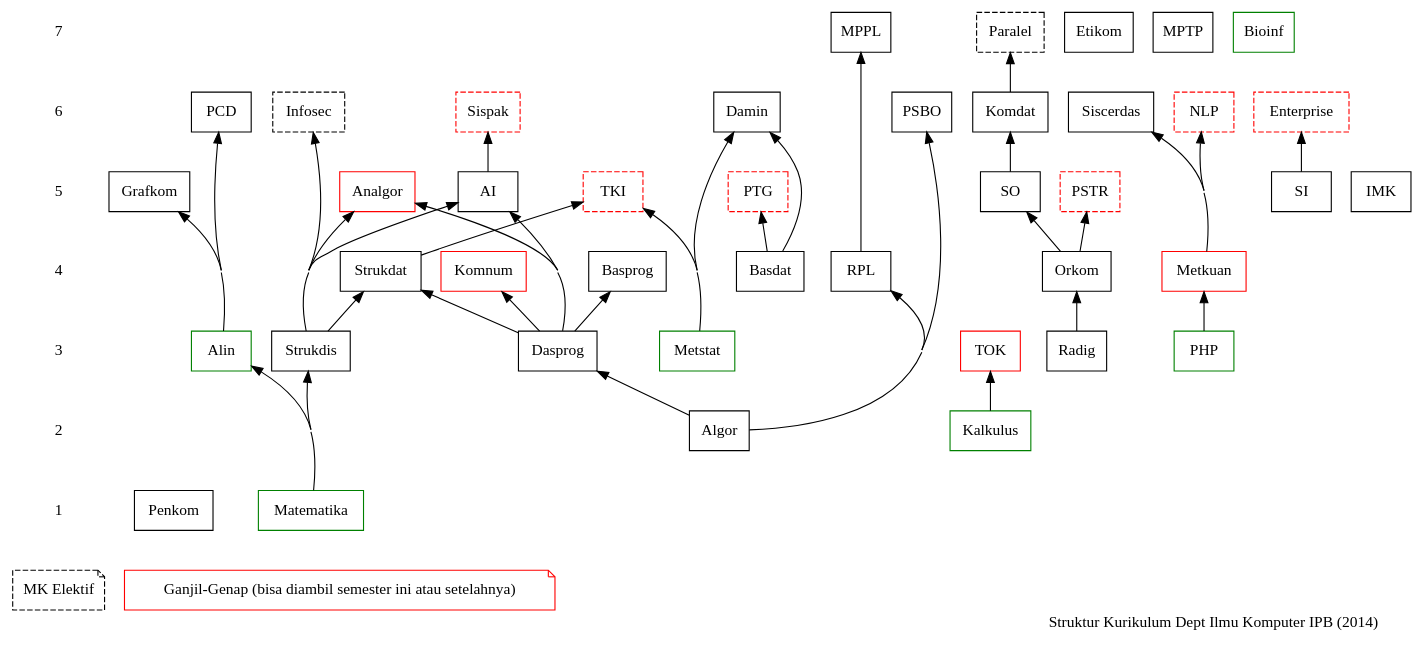
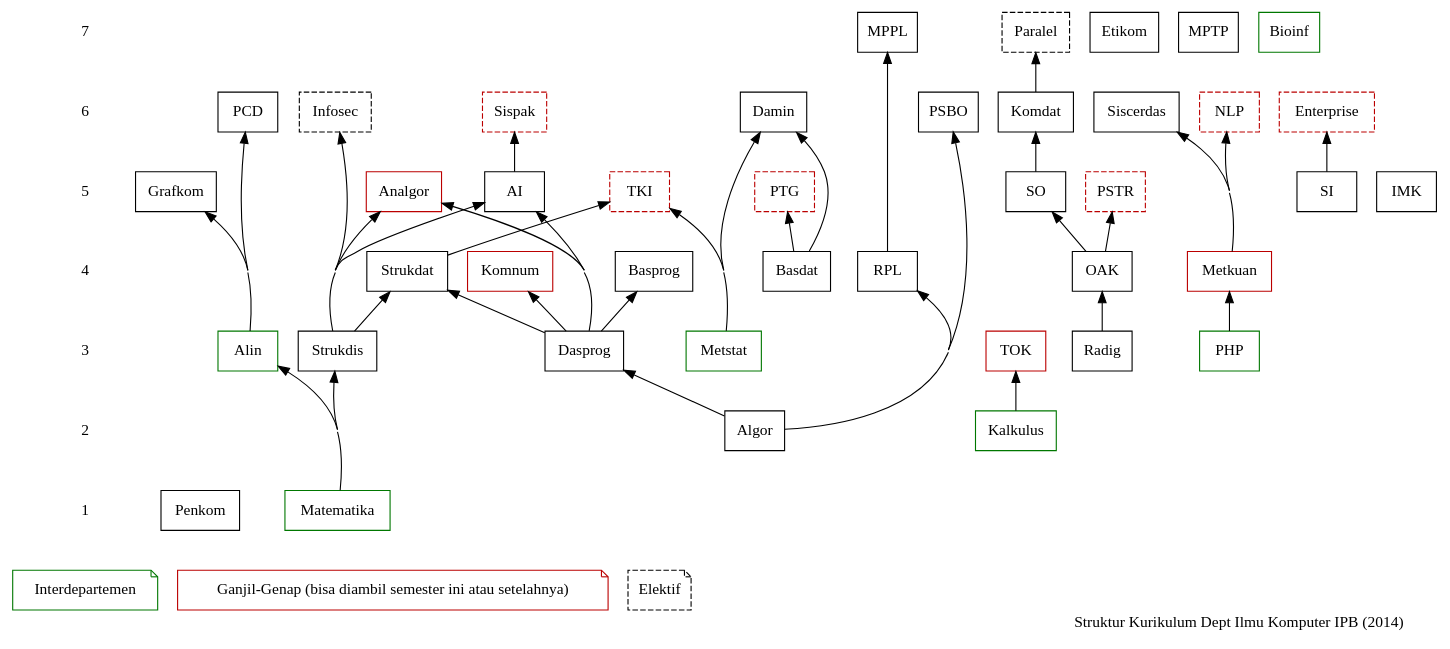
Before and after one commit to auriza/s1kom: the diagram in mk2014.dot, drawn with Graphviz. The commit also changed 4 other files, not shown here.

```diff
--- a/mk2014.dot
+++ b/mk2014.dot
@@ -1,72 +1,73 @@
 digraph kom2014
 {
     node [shape="box"; fontname="Fira Sans"]
     edge [dir="back"]
     concentrate="true"
 
     # semester
     subgraph sem {
         node [shape="plaintext"]
         edge [style="invis"]
         7 -> 6 -> 5 -> 4 -> 3 -> 2 -> 1
     }
 
     # mayor
     {rank="same" 1 Penkom Matematika}
     {rank="same" 2 Algor Kalkulus}
     {rank="same" 3 Dasprog Alin Strukdis Radig Metstat PHP TOK}
-    {rank="same" 4 Basprog Strukdat RPL Orkom Basdat Metkuan Komnum}
+    {rank="same" 4 Basprog Strukdat RPL OAK Basdat Metkuan Komnum}
     {rank="same" 5 AI Grafkom SO SI IMK Analgor}
     {rank="same" 6 PCD PSBO Komdat Damin Siscerdas}
     {rank="same" 7 Etikom MPTP MPPL Bioinf}
     Dasprog -> Algor
     Alin -> Matematika
     Strukdis -> Matematika
     TOK -> Kalkulus
     Basprog -> Dasprog
-    Orkom -> Radig
+    OAK -> Radig
     Strukdat -> {Dasprog Strukdis}
     RPL -> Algor
     Komnum -> Dasprog
     Metkuan -> PHP
     AI -> {Dasprog Strukdis}        // -> Strukdat ?
     Grafkom -> Alin
-    SO -> Orkom
+    SO -> OAK
     Analgor -> {Dasprog Strukdis}   // -> Strukdat ?
     Komdat -> SO
     Siscerdas -> Metkuan
     PCD -> Alin
     Damin -> {Basdat Metstat}
     PSBO -> Algor
     MPPL -> RPL
 
-    #interdept
-    Matematika, Kalkulus, Metstat, Alin, PHP, Bioinf [color="green"]
+    #interdep
+    Matematika, Kalkulus, Metstat, Alin, PHP, Bioinf [color="#007700"]
 
     # elektif
     PSTR, PTG, TKI, Infosec, Sispak, Enterprise, NLP, Paralel [style="dashed"]
     {rank="same" 5 PSTR, PTG, TKI}
     {rank="same" 6 Infosec, Sispak, Enterprise, NLP}
     {rank="same" 7 Paralel}
-    PSTR -> Orkom
+    PSTR -> OAK
     PTG -> Basdat
     TKI -> {Metstat Strukdat}
     Infosec -> Strukdis
     Sispak -> AI
     Enterprise -> SI
     NLP -> Metkuan
     Paralel -> Komdat
 
     # ganjil-genap
-    TOK, Metkuan, Komnum, Analgor, PSTR, PTG, TKI, Sispak, Enterprise, NLP [color="red"]
+    TOK, Metkuan, Komnum, Analgor, PSTR, PTG, TKI, Sispak, Enterprise, NLP [color="#bb0000"]
 
     # keterangan
-    {rank="sink" elektif ganjilgenap}
-    elektif [shape="note"; style="dashed"; label="MK Elektif"]
-    ganjilgenap [shape="note"; color="red"; labeljust="l"; label="Ganjil-Genap (bisa diambil semester ini atau setelahnya)";]
+    {rank="sink" interdep ganjilgenap elektif}
+    interdep [shape="note"; color="#007700"; label="Interdepartemen"]
+    ganjilgenap [shape="note"; color="#bb0000"; label="Ganjil-Genap (bisa diambil semester ini atau setelahnya)";]
+    elektif [shape="note"; style="dashed"; label="Elektif"]
 
     # title
     label="Struktur Kurikulum Dept Ilmu Komputer IPB (2014)"
     labeljust="r"
     fontname="Fira Sans"
 }
```
